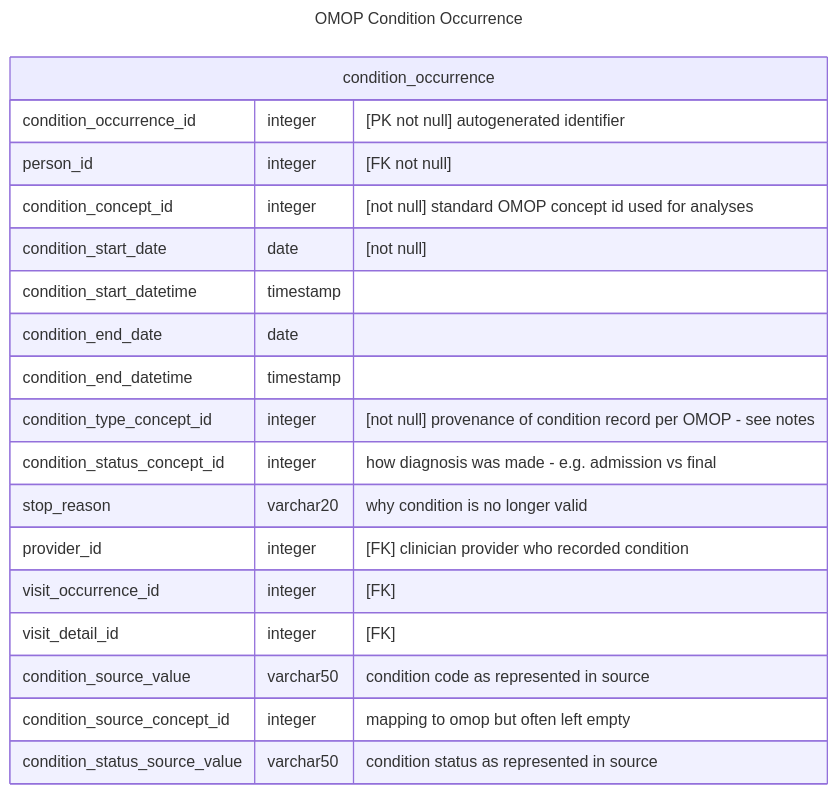
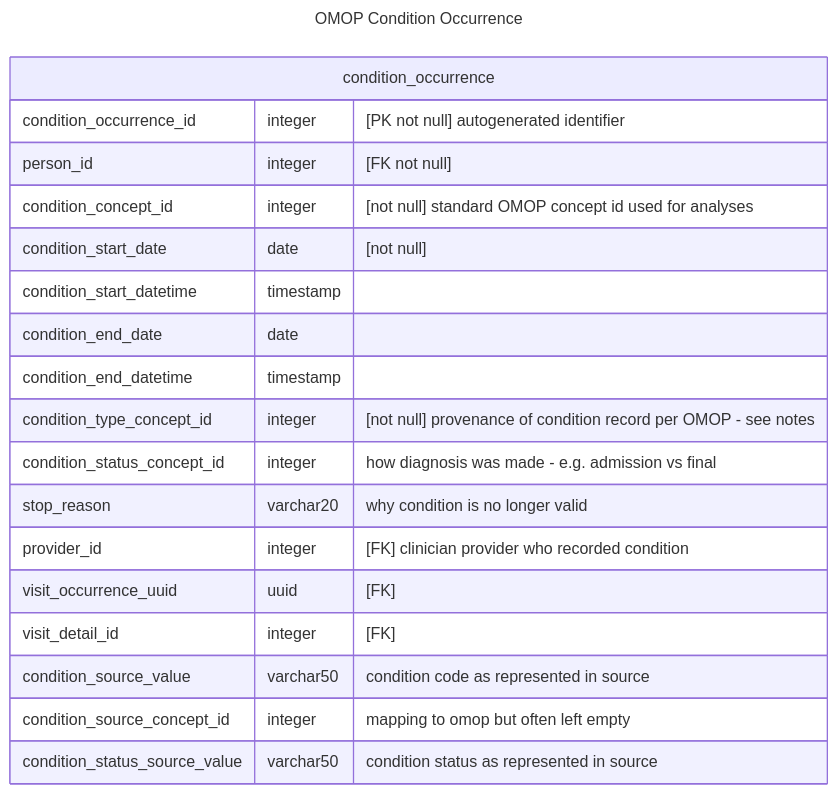
Before and after one commit to d3london/sde_aic_external_docs: the third of 3 diagrams in src/pages/data_model/cdm_condition_occurrence.qmd, drawn with Mermaid. The commit also changed 1 other file, not shown here.

Commit message:
updated fk

````diff
--- a/src/pages/data_model/cdm_condition_occurrence.qmd
+++ b/src/pages/data_model/cdm_condition_occurrence.qmd
@@ -93,24 +93,24 @@
 ```{mermaid}
 ---
 title: OMOP Condition Occurrence
 ---
 erDiagram
     condition_occurrence {
         condition_occurrence_id integer "[PK not null] autogenerated identifier"
         person_id integer "[FK not null]"
         condition_concept_id integer "[not null] standard OMOP concept id used for analyses"
         condition_start_date date "[not null]"
         condition_start_datetime timestamp
         condition_end_date date
         condition_end_datetime timestamp
         condition_type_concept_id integer "[not null] provenance of condition record per OMOP - see notes"
         condition_status_concept_id integer "how diagnosis was made - e.g. admission vs final"
         stop_reason varchar20 "why condition is no longer valid"
         provider_id integer "[FK] clinician provider who recorded condition"
-        visit_occurrence_id integer "[FK]"
+        visit_occurrence_uuid uuid "[FK]"
         visit_detail_id integer "[FK]"
         condition_source_value varchar50 "condition code as represented in source"
         condition_source_concept_id integer "mapping to omop but often left empty"
         condition_status_source_value varchar50 "condition status as represented in source"
     }
 ```
````
